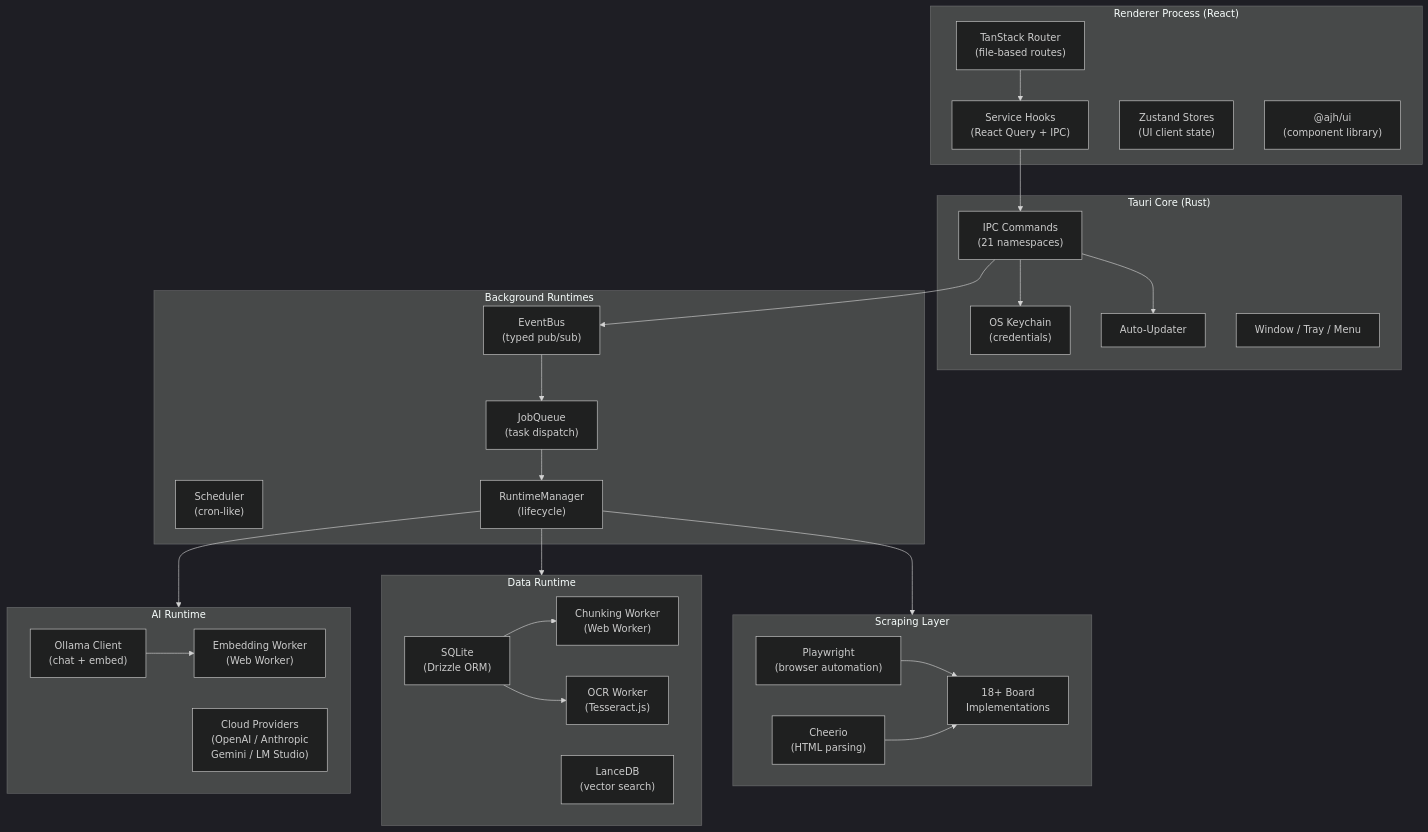
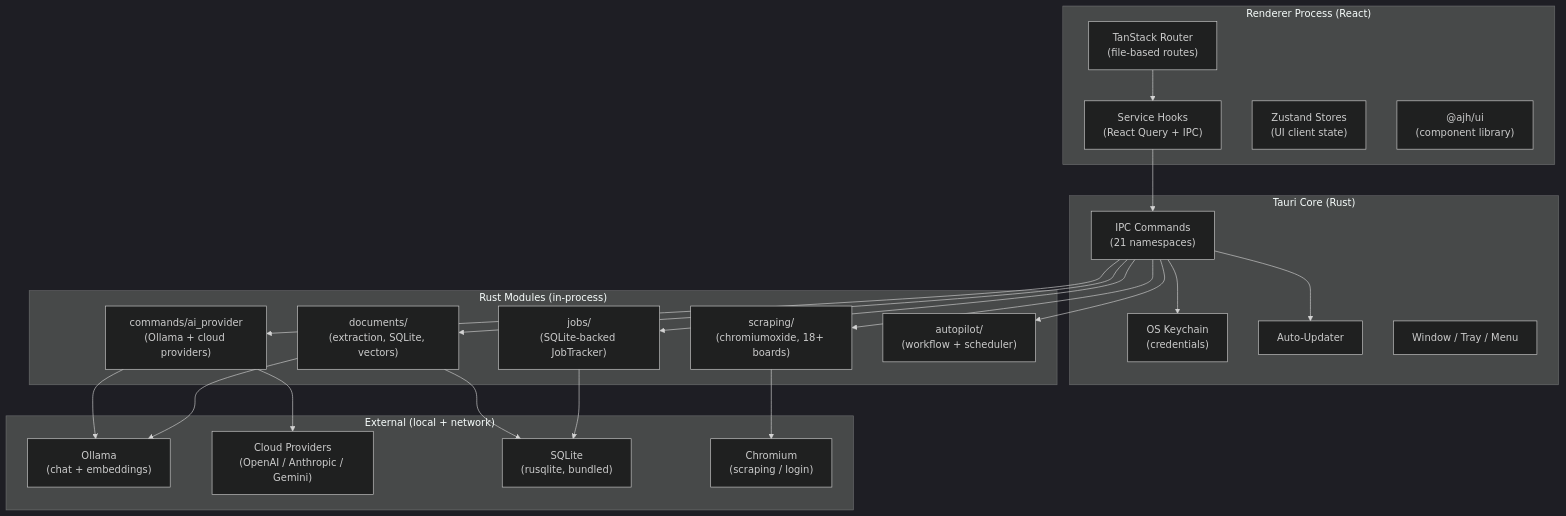
The first of 7 diagrams in docs/ARCHITECTURE.md (saeedkolivand/ai-job-hunter-app), drawn with Mermaid (dark theme) before and after one commit. The commit also changed other lines of this file and 36 other files, not shown here.

````diff
--- a/docs/ARCHITECTURE.md
+++ b/docs/ARCHITECTURE.md
@@ -13,58 +13,47 @@
 ```mermaid
 graph TB
     subgraph Renderer["Renderer Process (React)"]
         Router["TanStack Router\n(file-based routes)"]
         Services["Service Hooks\n(React Query + IPC)"]
         Stores["Zustand Stores\n(UI client state)"]
         UILib["@ajh/ui\n(component library)"]
     end
 
     subgraph Tauri["Tauri Core (Rust)"]
         Commands["IPC Commands\n(21 namespaces)"]
         Keychain["OS Keychain\n(credentials)"]
         Updater["Auto-Updater"]
         Window["Window / Tray / Menu"]
     end
 
-    subgraph Background["Background Runtimes"]
-        EventBus["EventBus\n(typed pub/sub)"]
-        JobQueue["JobQueue\n(task dispatch)"]
-        Scheduler["Scheduler\n(cron-like)"]
-        RuntimeManager["RuntimeManager\n(lifecycle)"]
+    subgraph RustModules["Rust Modules (in-process)"]
+        Scraping["scraping/\n(chromiumoxide, 18+ boards)"]
+        Documents["documents/\n(extraction, SQLite, vectors)"]
+        AiProvider["commands/ai_provider\n(Ollama + cloud providers)"]
+        Jobs["jobs/\n(SQLite-backed JobTracker)"]
+        Autopilot["autopilot/\n(workflow + scheduler)"]
     end
 
-    subgraph AIRuntime["AI Runtime"]
-        OllamaClient["Ollama Client\n(chat + embed)"]
-        CloudProviders["Cloud Providers\n(OpenAI / Anthropic\nGemini / LM Studio)"]
-        EmbedWorker["Embedding Worker\n(Web Worker)"]
-    end
-
-    subgraph DataRuntime["Data Runtime"]
-        SQLite["SQLite\n(Drizzle ORM)"]
-        LanceDB["LanceDB\n(vector search)"]
-        ChunkWorker["Chunking Worker\n(Web Worker)"]
-        OCRWorker["OCR Worker\n(Tesseract.js)"]
-    end
-
-    subgraph Scrapers["Scraping Layer"]
-        Playwright["Playwright\n(browser automation)"]
-        Cheerio["Cheerio\n(HTML parsing)"]
-        Boards["18+ Board\nImplementations"]
+    subgraph External["External (local + network)"]
+        Ollama["Ollama\n(chat + embeddings)"]
+        Cloud["Cloud Providers\n(OpenAI / Anthropic / Gemini)"]
+        SQLite["SQLite\n(rusqlite, bundled)"]
+        Browser["Chromium\n(scraping / login)"]
     end
 
     Router --> Services
     Services --> Commands
-    Commands --> EventBus
-    EventBus --> JobQueue
-    JobQueue --> RuntimeManager
-    RuntimeManager --> AIRuntime
-    RuntimeManager --> DataRuntime
-    RuntimeManager --> Scrapers
-    Playwright --> Boards
-    Cheerio --> Boards
-    OllamaClient --> EmbedWorker
-    SQLite --> ChunkWorker
-    SQLite --> OCRWorker
+    Commands --> Scraping
+    Commands --> Documents
+    Commands --> AiProvider
+    Commands --> Jobs
+    Commands --> Autopilot
+    AiProvider --> Ollama
+    AiProvider --> Cloud
+    Documents --> SQLite
+    Documents --> Ollama
+    Jobs --> SQLite
+    Scraping --> Browser
     Commands --> Keychain
     Commands --> Updater
 ```
````
